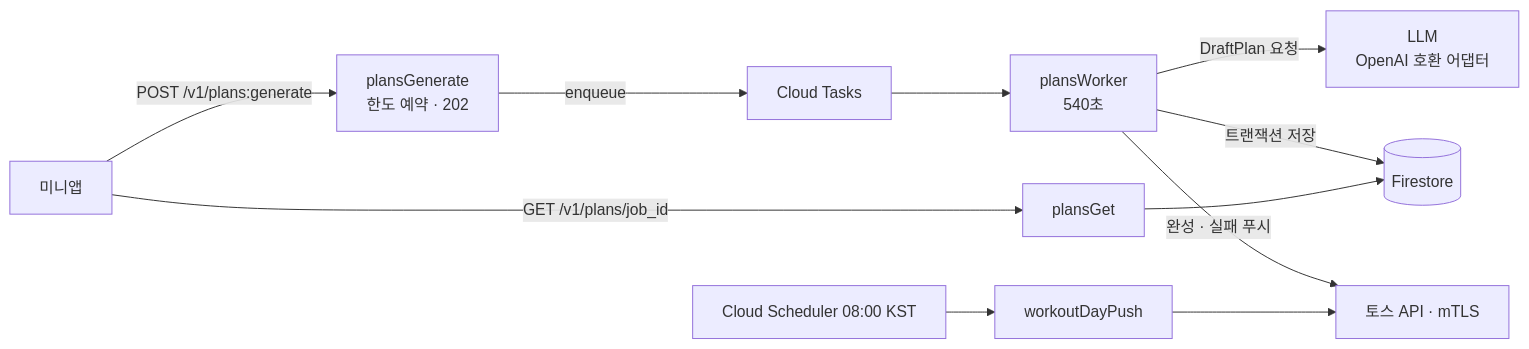
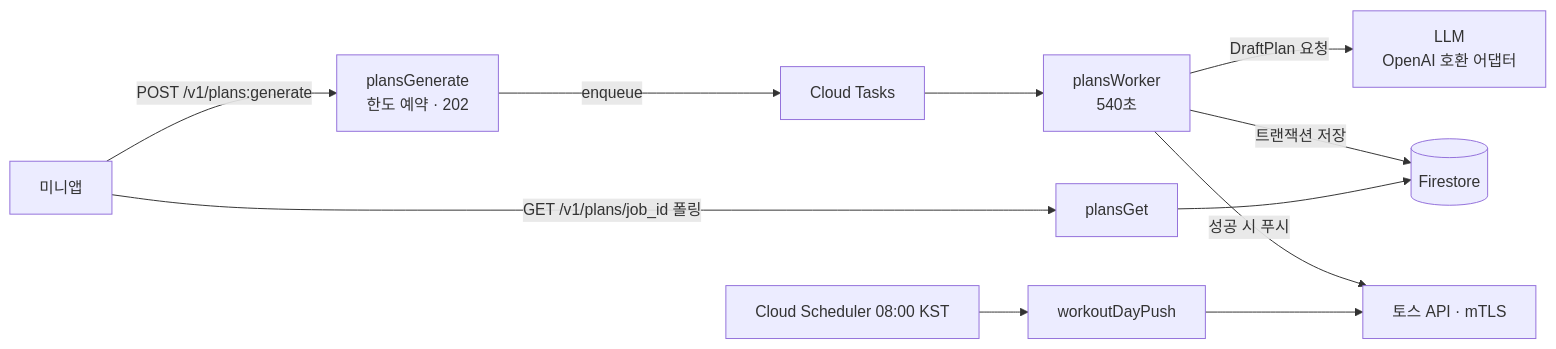
Before and after one commit to YoungkeunAhn/burnweek-backend: the first of 2 diagrams in README.md, drawn with Mermaid. The commit also changed other lines of this file and 25 other files, not shown here.

````diff
--- a/README.md
+++ b/README.md
@@ -29,11 +29,11 @@
 ```mermaid
 flowchart LR
   App[미니앱] -->|POST /v1/plans:generate| Gen[plansGenerate<br/>한도 예약 · 202]
   Gen -->|enqueue| Q[Cloud Tasks]
   Q --> W[plansWorker<br/>540초]
   W -->|DraftPlan 요청| LLM[LLM<br/>OpenAI 호환 어댑터]
   W -->|트랜잭션 저장| FS[(Firestore)]
-  W -->|완성 · 실패 푸시| Toss[토스 API · mTLS]
-  App -->|GET /v1/plans/job_id| Get[plansGet] --> FS
+  W -->|성공 시 푸시| Toss[토스 API · mTLS]
+  App -->|GET /v1/plans/job_id 폴링| Get[plansGet] --> FS
   Cron[Cloud Scheduler 08:00 KST] --> Push[workoutDayPush] --> Toss
 ```
````
